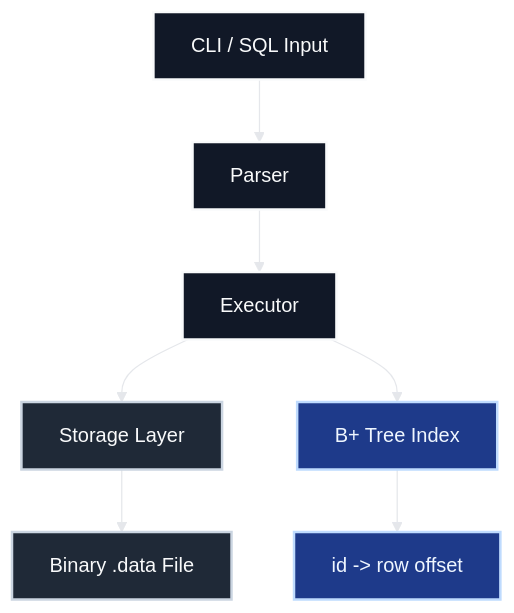
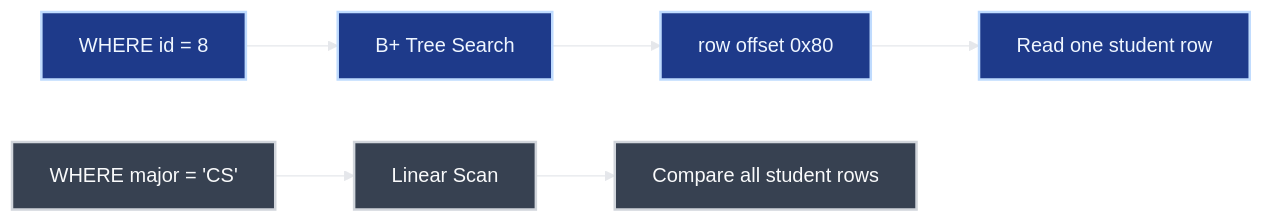
One commit to Jungle-12-303/week7-team1-sql-2 changed the seventh of 14 diagrams in README.md. Above: the diagram before and after it, drawn with Mermaid. The commit also changed other lines of this file, not shown here.

Commit message:
Reorganize README around B+ tree concepts

````diff
--- a/README.md
+++ b/README.md
@@ -423,30 +373,28 @@
 ```mermaid
 %%{init: {
   "theme": "base",
   "themeVariables": {
     "background": "#0b1020",
     "primaryColor": "#111827",
     "primaryTextColor": "#f9fafb",
     "primaryBorderColor": "#f9fafb",
     "lineColor": "#e5e7eb",
     "secondaryColor": "#1f2937",
     "secondaryTextColor": "#f9fafb",
     "tertiaryColor": "#0f172a",
     "tertiaryTextColor": "#f9fafb"
   }
 }}%%
-flowchart TD
-    A["CLI / SQL Input"] --> B["Parser"]
-    B --> C["Executor"]
-    C --> D["Storage Layer"]
-    C --> E["B+ Tree Index"]
-    D --> F["Binary .data File"]
-    E --> G["id -> row offset"]
+flowchart LR
+    A["WHERE id = 8"] --> B["B+ Tree Search"]
+    B --> C["row offset 0x80"]
+    C --> D["Read one student row"]
 
-    classDef box fill:#111827,stroke:#f9fafb,stroke-width:2px,color:#f9fafb;
-    classDef storage fill:#1f2937,stroke:#cbd5e1,stroke-width:2px,color:#f9fafb;
+    E["WHERE major = 'CS'"] --> F["Linear Scan"]
+    F --> G["Compare all student rows"]
+
     classDef index fill:#1e3a8a,stroke:#bfdbfe,stroke-width:2px,color:#eff6ff;
-    class A,B,C box;
-    class D,F storage;
-    class E,G index;
+    classDef scan fill:#374151,stroke:#d1d5db,stroke-width:2px,color:#f9fafb;
+    class A,B,C,D index;
+    class E,F,G scan;
 ```
````
